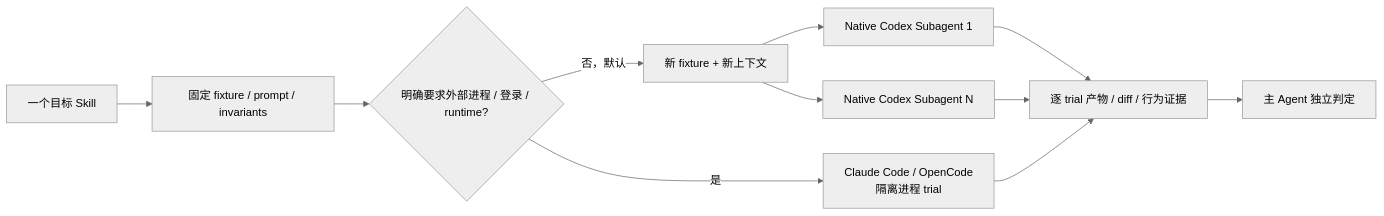
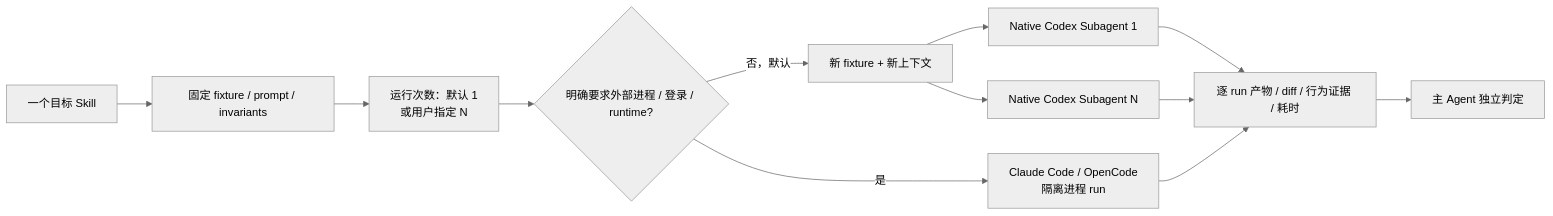
Before and after one commit to qiulinfan/qiulinfan.github.io: the third of 4 diagrams in skills/WORKFLOWS.md, drawn with Mermaid (neutral theme). The commit also changed other lines of this file and 9 other files, not shown here.

````diff
--- a/skills/WORKFLOWS.md
+++ b/skills/WORKFLOWS.md
@@ -56,13 +56,14 @@
 ```mermaid
 flowchart LR
     Skill["一个目标 Skill"] --> Contract["固定 fixture / prompt / invariants"]
-    Contract --> Runtime{"明确要求外部进程 / 登录 / runtime?"}
+    Contract --> Count["运行次数：默认 1<br/>或用户指定 N"]
+    Count --> Runtime{"明确要求外部进程 / 登录 / runtime?"}
     Runtime -->|否，默认| Copies["新 fixture + 新上下文"]
-    Runtime -->|是| External["Claude Code / OpenCode<br/>隔离进程 trial"]
+    Runtime -->|是| External["Claude Code / OpenCode<br/>隔离进程 run"]
     Copies --> T1["Native Codex Subagent 1"]
     Copies --> T2["Native Codex Subagent N"]
-    T1 --> Evidence["逐 trial 产物 / diff / 行为证据"]
+    T1 --> Evidence["逐 run 产物 / diff / 行为证据 / 耗时"]
     T2 --> Evidence
     External --> Evidence
     Evidence --> Verdict["主 Agent 独立判定"]
 ```
````
